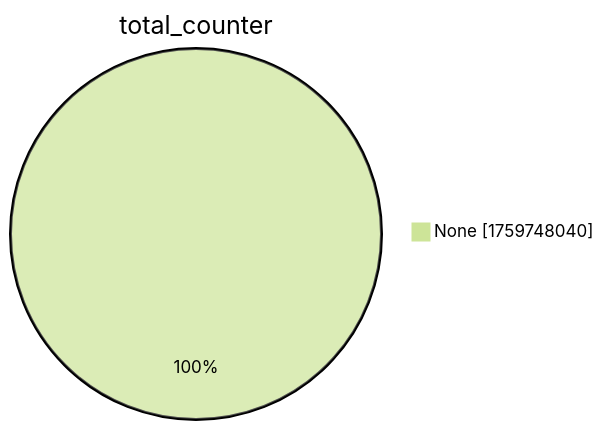
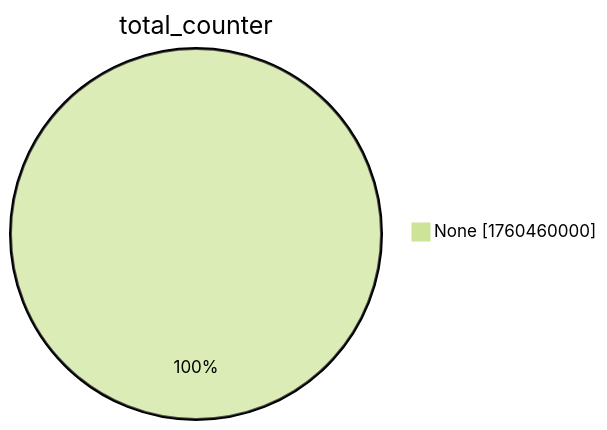
The second of 15 diagrams in xenon2022/README.md (christiankrug/ctmonitor_visualization), drawn with Mermaid (forest theme) before and after one commit. The commit also changed other lines of this file, not shown here.

````diff
--- a/xenon2022/README.md
+++ b/xenon2022/README.md
@@ -9,5 +9,5 @@
 ```mermaid
 pie showData
 title total_counter
-"None" :1759748040
+"None" :1760460000
 ```
````
